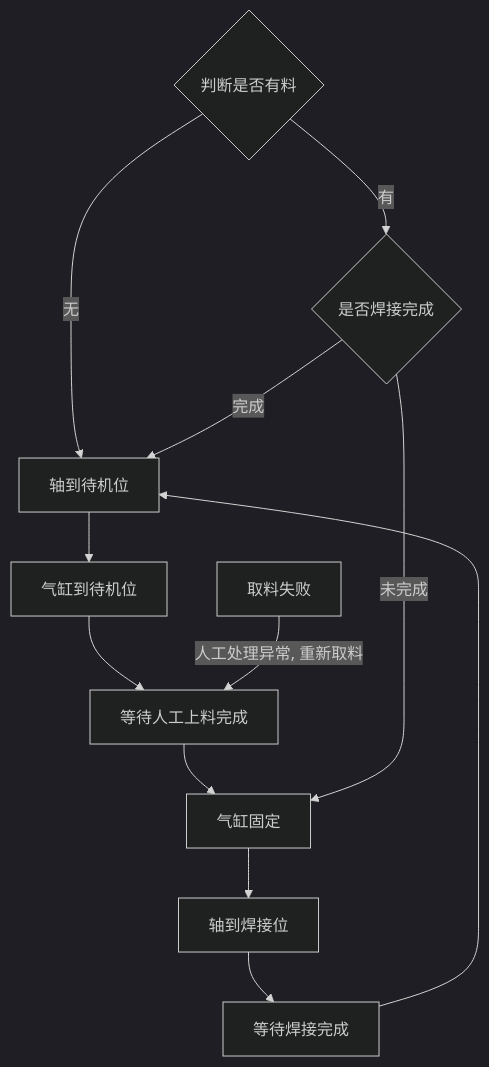
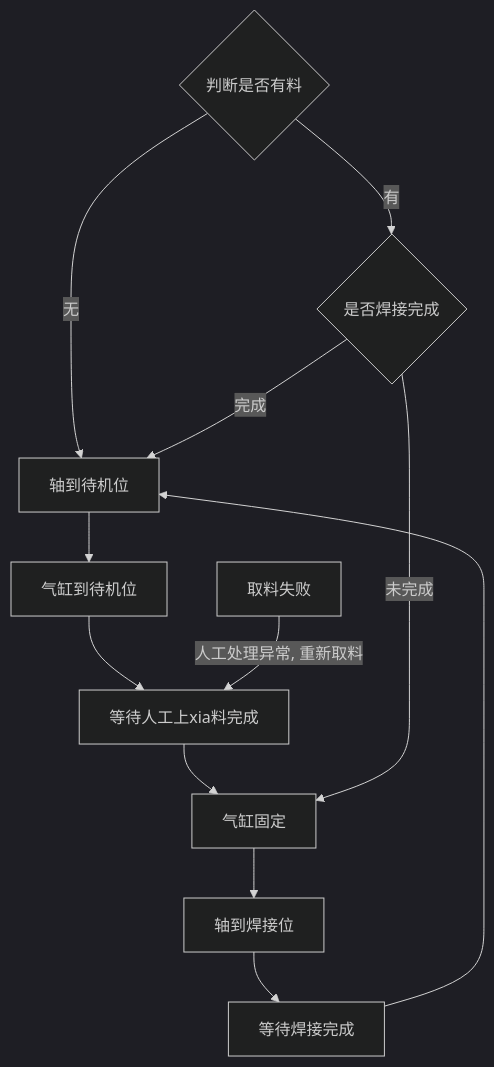
The diagram in all/OP10 上料工位自动流程.md (PengKun1/iodraw-files), drawn with Mermaid (dark theme) before and after one commit.

Commit message:
2024-08-02 11:02:18 update

````diff
--- a/all/OP10 上料工位自动流程.md
+++ b/all/OP10 上料工位自动流程.md
@@ -1,17 +1,16 @@
 ```mermaid
 graph TD
 10{判断是否有料}-->|无|20
 10-->|有|100
 20[轴到待机位]-->30
 30[气缸到待机位]-->40
-40[等待人工上料完成]-->50
+40[等待人工上xia料完成]-->50
 50[气缸固定]-->60
 60[轴到焊接位]-->70
 70[等待焊接完成]-->20
 
 100{是否焊接完成}-->|完成|20
 100-->|未完成|50
 
-
 900[取料失败]-->|人工处理异常, 重新取料|40
 ```
````
